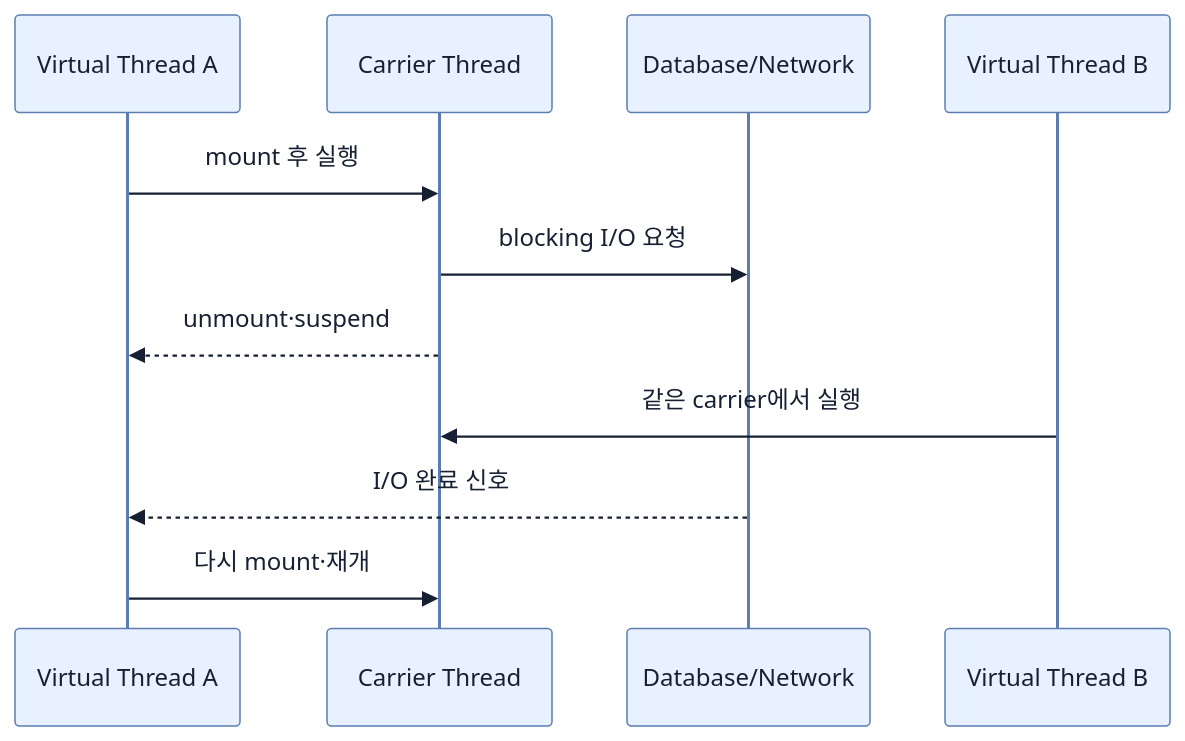
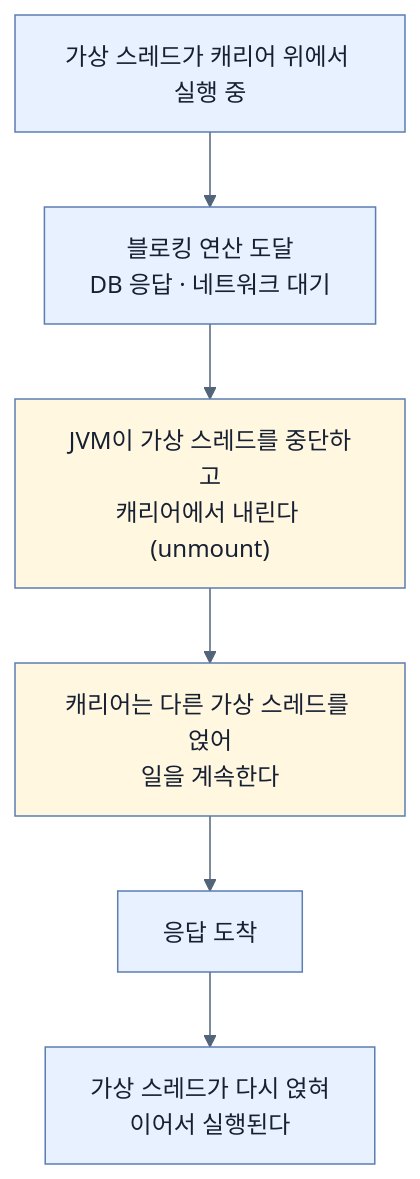
The first of 2 diagrams in spring-boot-4-pdf-notes/part-4-scaling-an-application-with-spring-boot/chapter-11-virtual-threads-in-java-and-spring-boot/01-understanding-virtual-threads.md (sing-u8/Learning_Spring_Boot_4), drawn with Mermaid before and after one commit. The commit also changed other lines of this file and 253 other files, not shown here.

````diff
--- a/spring-boot-4-pdf-notes/part-4-scaling-an-application-with-spring-boot/chapter-11-virtual-threads-in-java-and-spring-boot/01-understanding-virtual-threads.md
+++ b/spring-boot-4-pdf-notes/part-4-scaling-an-application-with-spring-boot/chapter-11-virtual-threads-in-java-and-spring-boot/01-understanding-virtual-threads.md
@@ -30,14 +91,11 @@
 ```mermaid
 %%{init: {'theme': 'base', 'themeVariables': {'background': '#ffffff', 'primaryColor': '#e8f1ff', 'primaryTextColor': '#172033', 'primaryBorderColor': '#5b7db1', 'lineColor': '#52647a', 'secondaryColor': '#f7fbff', 'tertiaryColor': '#fff7df'}}}%%
-sequenceDiagram
-    participant V1 as Virtual Thread A
-    participant C as Carrier Thread
-    participant IO as Database/Network
-    participant V2 as Virtual Thread B
-    V1->>C: mount 후 실행
-    C->>IO: blocking I/O 요청
-    C-->>V1: unmount·suspend
-    V2->>C: 같은 carrier에서 실행
-    IO-->>V1: I/O 완료 신호
-    V1->>C: 다시 mount·재개
+flowchart TD
+    A["가상 스레드가 캐리어 위에서 실행 중"] --> B["블로킹 연산 도달<br/>DB 응답 · 네트워크 대기"]
+    B --> C["JVM이 가상 스레드를 중단하고<br/>캐리어에서 내린다 (unmount)"]
+    C --> D["캐리어는 다른 가상 스레드를 얹어<br/>일을 계속한다"]
+    D --> E["응답 도착"]
+    E --> F["가상 스레드가 다시 얹혀<br/>이어서 실행된다"]
+    style C fill:#fff7df
+    style D fill:#fff7df
 ```
````
